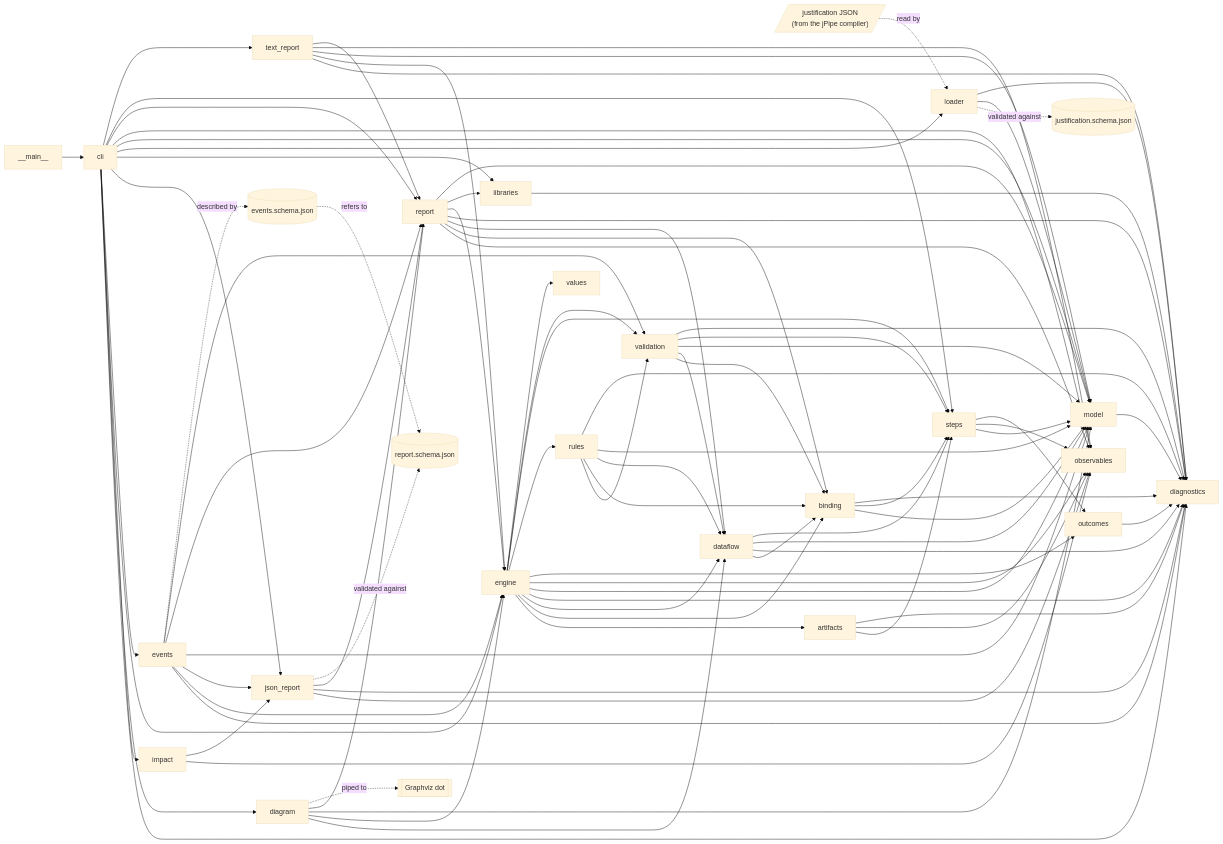
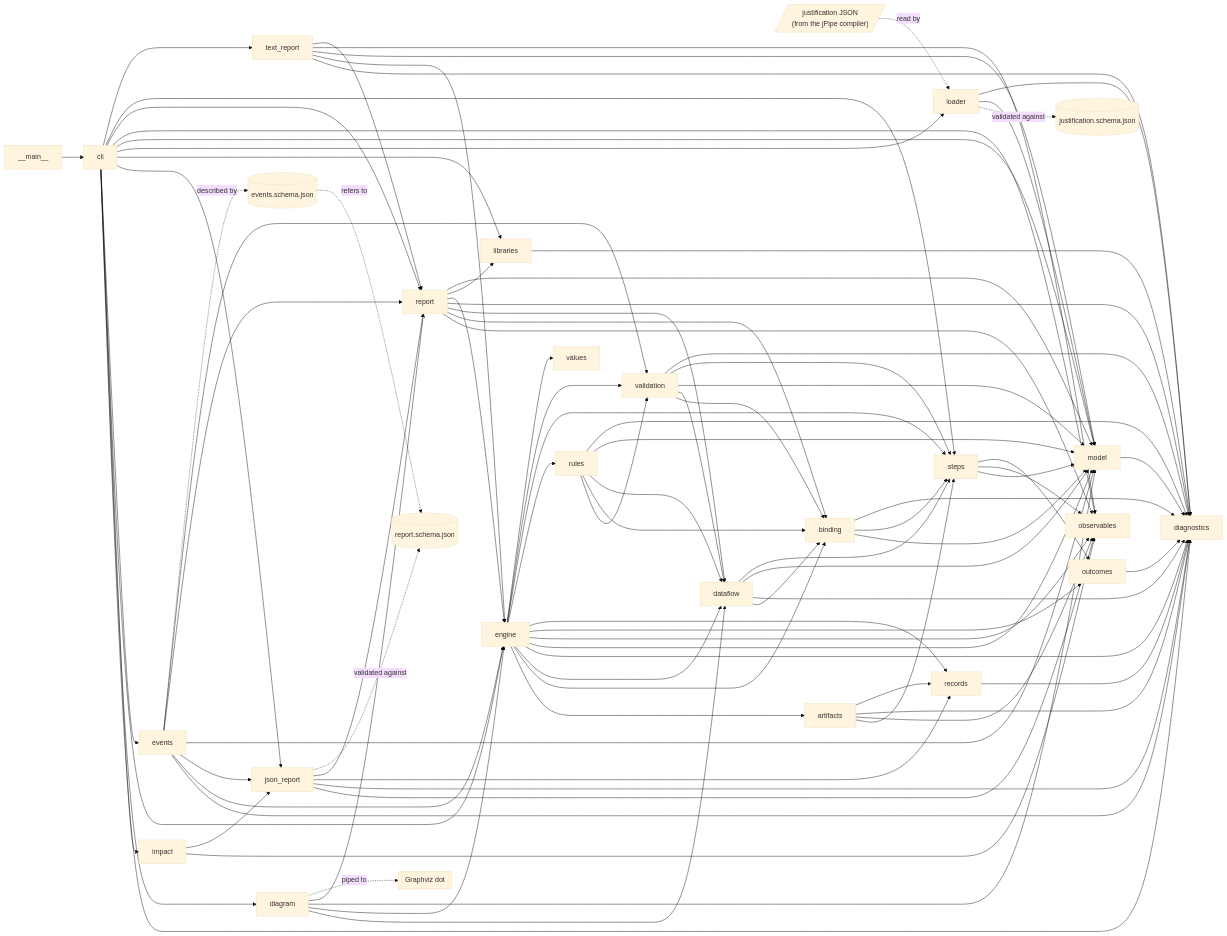
Before and after one commit to jpipe-mcscert/jpipe-runner: the first of 2 diagrams in docs/design.md, drawn with Mermaid (base theme). The commit also changed other lines of this file and 11 other files, not shown here.

```diff
--- a/docs/design.md
+++ b/docs/design.md
@@ -22,6 +22,7 @@
     steps --> observables
     steps --> outcomes
     values[values]
+    records --> diagnostics
     binding --> model
     binding --> steps
     binding --> diagnostics
@@ -42,6 +43,7 @@
     artifacts --> steps
     artifacts --> observables
     artifacts --> diagnostics
+    artifacts --> records
     libraries --> diagnostics
     engine --> artifacts
     engine --> binding
@@ -50,6 +52,7 @@
     engine --> model
     engine --> observables
     engine --> outcomes
+    engine --> records
     engine --> rules
     engine --> steps
     engine --> validation
@@ -68,6 +71,7 @@
     diagram -.->|piped to| dot[["Graphviz dot"]]
     json_report --> observables
     json_report --> diagnostics
+    json_report --> records
     json_report --> report
     json_report -.->|validated against| reportschema
     events --> diagnostics
```
